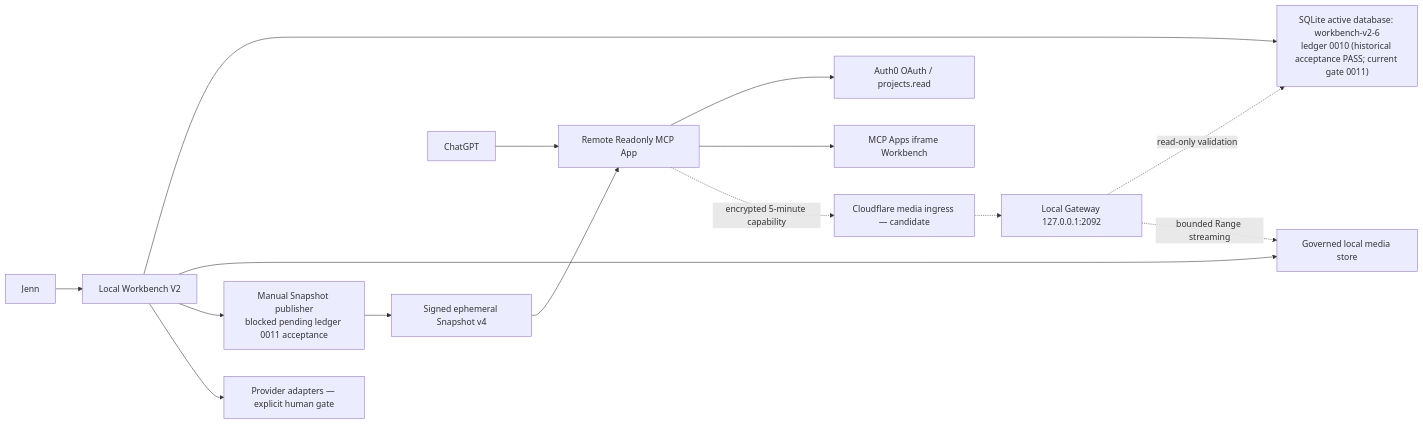
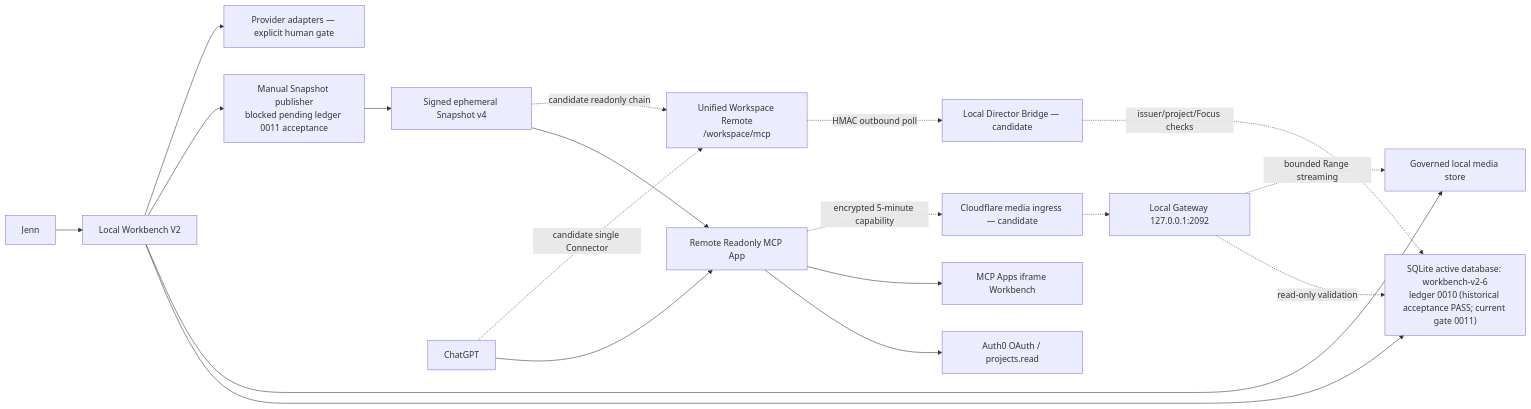
Before and after one commit to JENN2046/AI-Video-Production-Local-Bridge: the diagram in docs/ARCHITECTURE.md, drawn with Mermaid. The commit also changed other lines of this file and 7 other files, not shown here.

Commit message:
docs: close out unified workspace transport

````diff
--- a/docs/ARCHITECTURE.md
+++ b/docs/ARCHITECTURE.md
@@ -8,17 +8,21 @@
 ```mermaid
 flowchart LR
     J["Jenn"] --> W["Local Workbench V2"]
     W --> DB["SQLite active database: workbench-v2-6\nledger 0010 (historical acceptance PASS; current gate 0011)"]
     W --> FS["Governed local media store"]
     W --> PA["Manual Snapshot publisher\nblocked pending ledger 0011 acceptance"]
     PA --> SS["Signed ephemeral Snapshot v4"]
     SS --> RM["Remote Readonly MCP App"]
     C["ChatGPT"] --> RM
     RM --> AU["Auth0 OAuth / projects.read"]
     RM --> UI["MCP Apps iframe Workbench"]
+    C -. "candidate single Connector" .-> UW["Unified Workspace Remote\n/workspace/mcp"]
+    SS -. "candidate readonly chain" .-> UW
+    UW -. "HMAC outbound poll" .-> DBR["Local Director Bridge — candidate"]
+    DBR -. "issuer/project/Focus checks" .-> DB
     RM -. "encrypted 5-minute capability" .-> CF["Cloudflare media ingress — candidate"]
     CF -.-> GW["Local Gateway 127.0.0.1:2092"]
     GW -. "read-only validation" .-> DB
     GW -. "bounded Range streaming" .-> FS
     W --> PR["Provider adapters — explicit human gate"]
 ```
````
